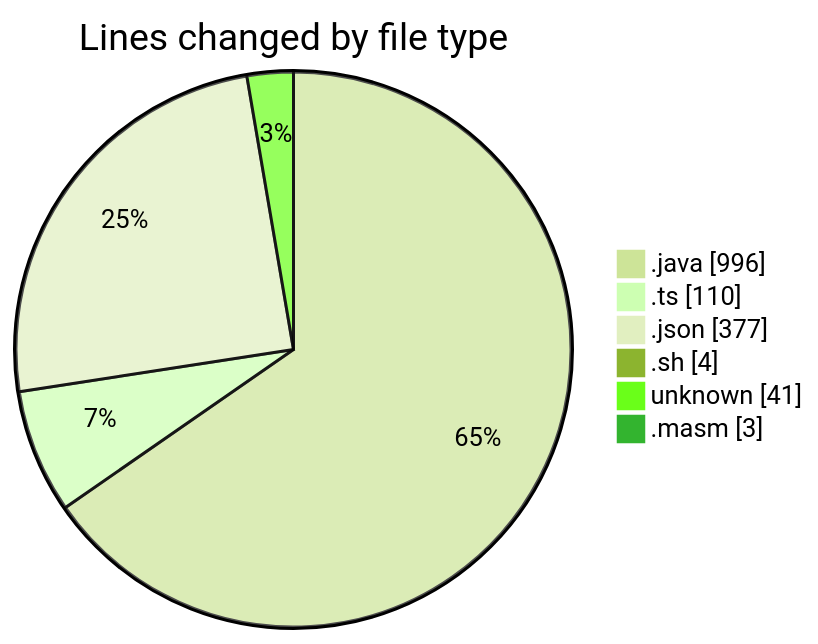
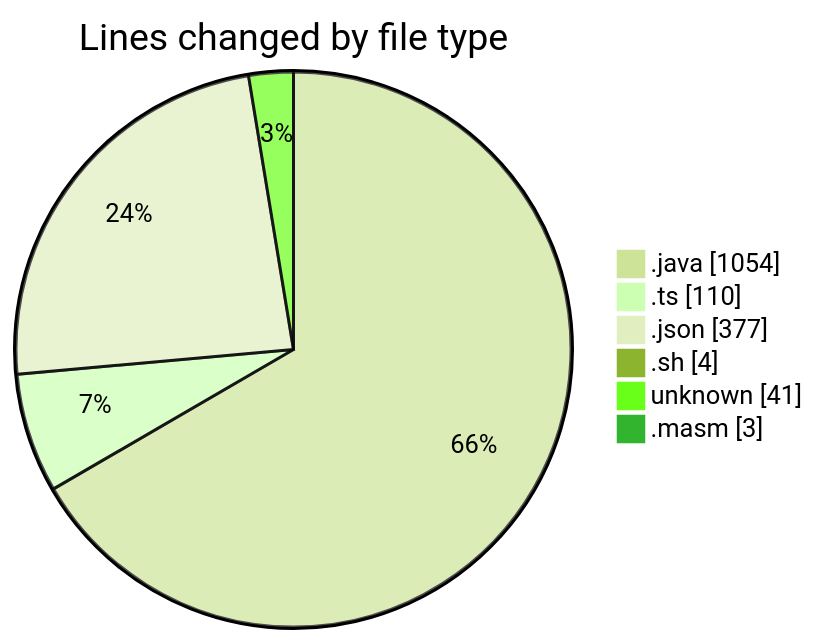
The first of 2 diagrams in 2025-02-20/micros/README.md (charlie-sans/code-tracking), drawn with Mermaid (forest theme) before and after one commit. The commit also changed other lines of this file and 1 other file, not shown here.

````diff
--- a/2025-02-20/micros/README.md
+++ b/2025-02-20/micros/README.md
@@ -29,10 +33,10 @@
 ```mermaid
 pie showData
 title Lines changed by file type
-".java" : 996
+".java" : 1054
 ".ts" : 110
 ".json" : 377
 ".sh" : 4
 "unknown" : 41
 ".masm" : 3
 ```
````
